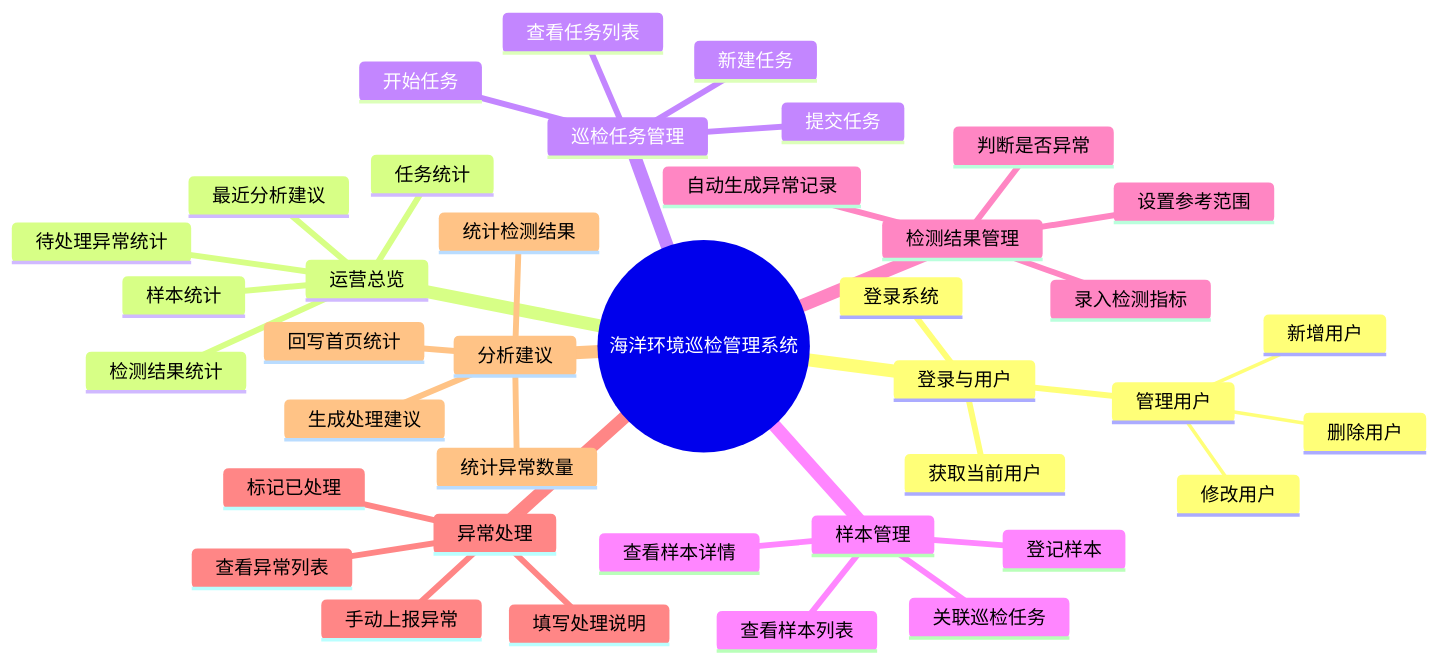
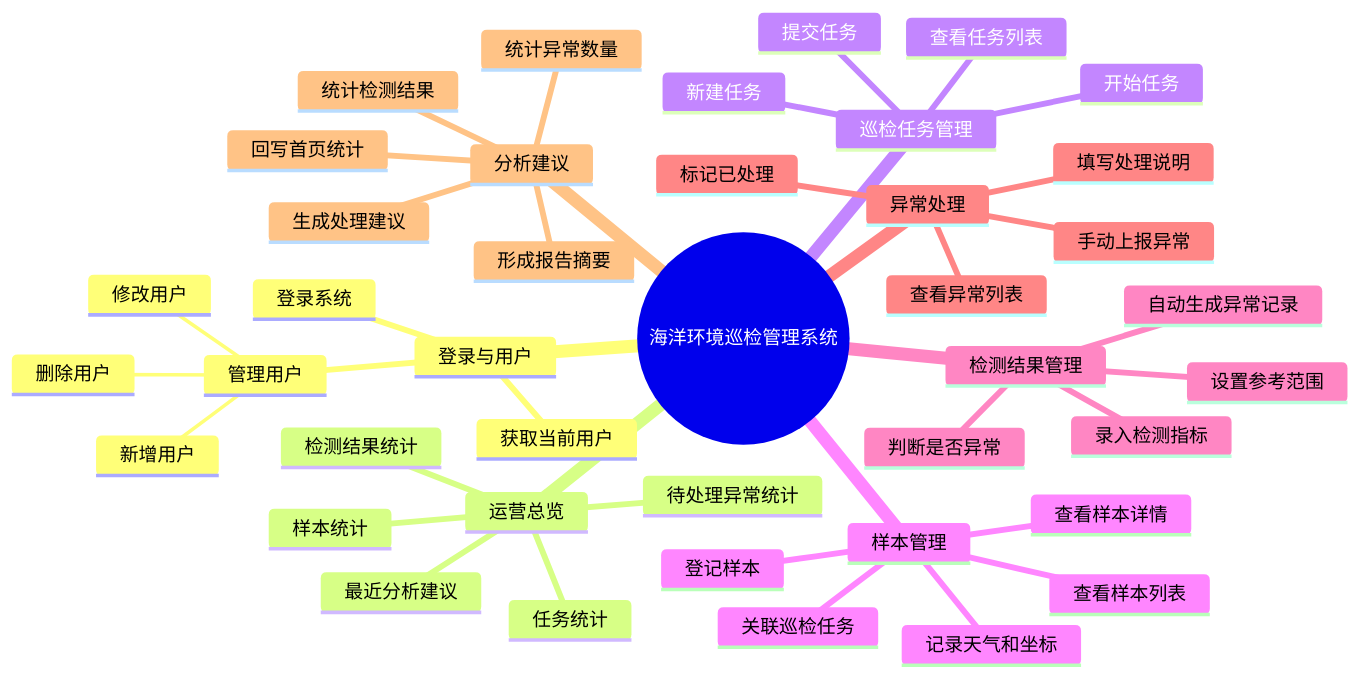
Before and after one commit to YangYuS8/ocean-course-design: the diagram in README.md, drawn with Mermaid. The commit also changed other lines of this file and 13 other files, not shown here.

````diff
--- a/README.md
+++ b/README.md
@@ -21,42 +21,44 @@
 ```mermaid
 mindmap
   root((海洋环境巡检管理系统))
     登录与用户
       登录系统
       获取当前用户
       管理用户
         新增用户
         修改用户
         删除用户
     运营总览
       任务统计
       样本统计
       检测结果统计
       待处理异常统计
       最近分析建议
     巡检任务管理
       新建任务
       开始任务
       提交任务
       查看任务列表
     样本管理
       登记样本
+      记录天气和坐标
       关联巡检任务
       查看样本列表
       查看样本详情
     检测结果管理
       录入检测指标
       设置参考范围
       判断是否异常
       自动生成异常记录
     异常处理
       查看异常列表
       手动上报异常
       填写处理说明
       标记已处理
     分析建议
       统计检测结果
       统计异常数量
       生成处理建议
+      形成报告摘要
       回写首页统计
 ```
````
